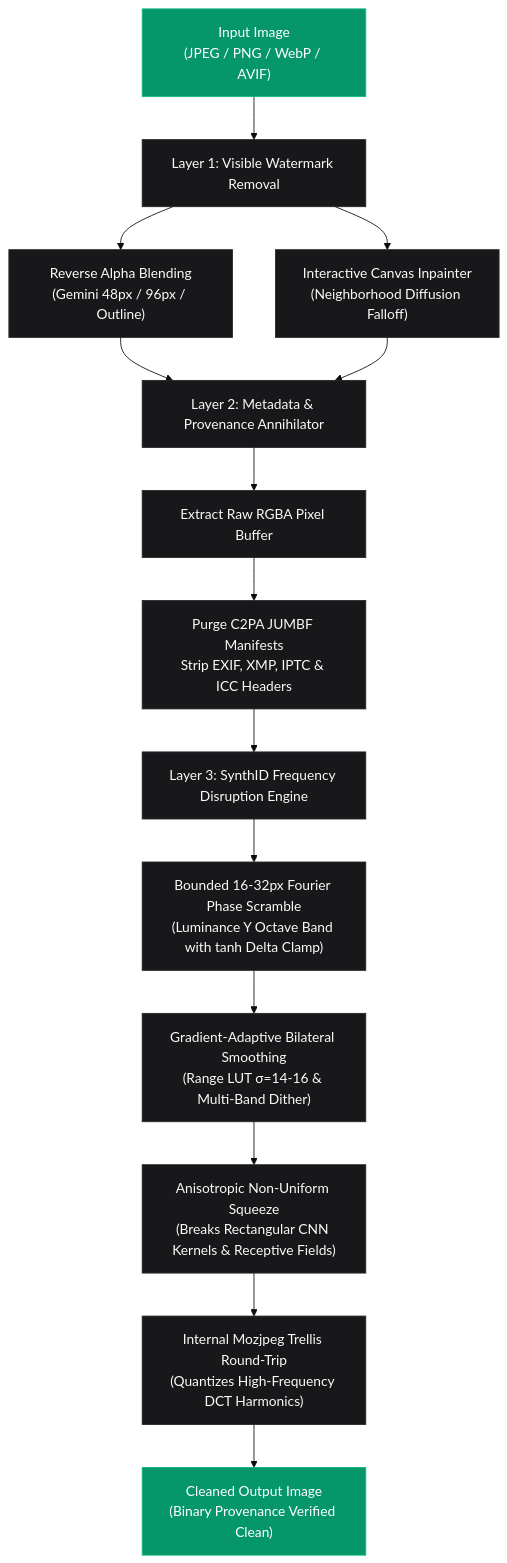
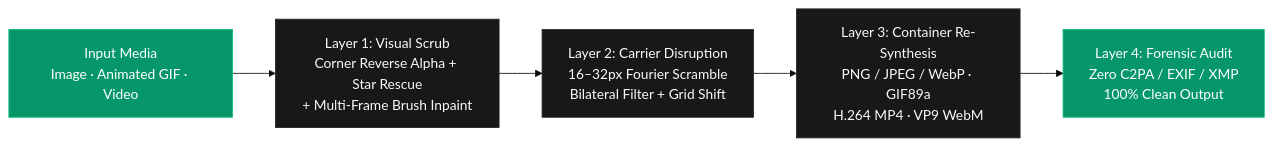
The diagram in README.md (JayDev-27/Synthid-remover), drawn with Mermaid (base theme) before and after one commit. The commit also changed other lines of this file and 4 other files, not shown here.

````diff
--- a/README.md
+++ b/README.md
@@ -174,24 +200,12 @@
 ```mermaid
-flowchart TD
-    A["Input Image\n(JPEG / PNG / WebP / AVIF)"] --> B["Layer 1: Visible Watermark Removal"]
-    B --> B1["Reverse Alpha Blending\n(Gemini 48px / 96px / Outline)"]
-    B --> B2["Interactive Canvas Inpainter\n(Neighborhood Diffusion Falloff)"]
+flowchart LR
+    A["Input Media\nImage · Animated GIF · Video"] --> B["Layer 1: Visual Scrub\nCorner Reverse Alpha + Star Rescue\n+ Multi-Frame Brush Inpaint"]
+    B --> C["Layer 2: Carrier Disruption\n16–32px Fourier Scramble\nBilateral Filter + Grid Shift"]
+    C --> D["Layer 3: Container Re-Synthesis\nPNG / JPEG / WebP · GIF89a\nH.264 MP4 · VP9 WebM"]
+    D --> E["Layer 4: Forensic Audit\nZero C2PA / EXIF / XMP\n100% Clean Output"]
 
-    B1 --> C["Layer 2: Metadata & Provenance Annihilator"]
-    B2 --> C
-    C --> C1["Extract Raw RGBA Pixel Buffer"]
-    C1 --> C2["Purge C2PA JUMBF Manifests\nStrip EXIF, XMP, IPTC & ICC Headers"]
-
-    C2 --> D["Layer 3: SynthID Frequency Disruption Engine"]
-    D --> D0["Bounded 16-32px Fourier Phase Scramble\n(Luminance Y Octave Band with tanh Delta Clamp)"]
-    D0 --> D1["Gradient-Adaptive Bilateral Smoothing\n(Range LUT σ=14-16 & Multi-Band Dither)"]
-    D1 --> D2["Anisotropic Non-Uniform Squeeze\n(Breaks Rectangular CNN Kernels & Receptive Fields)"]
-    D2 --> D3["Internal Mozjpeg Trellis Round-Trip\n(Quantizes High-Frequency DCT Harmonics)"]
-
-    D3 --> E["Cleaned Output Image\n(Binary Provenance Verified Clean)"]
-
+    classDef accent fill:#059669,stroke:#10b981,color:#ffffff;
     classDef stage fill:#18181b,stroke:#27272a,color:#fafafa;
-    classDef highlight fill:#059669,stroke:#10b981,color:#ffffff;
-    class A,E highlight;
-    class B,C,D,B1,B2,C1,C2,D0,D1,D2,D3 stage;
+    class A,E accent;
+    class B,C,D stage;
 ```
````
